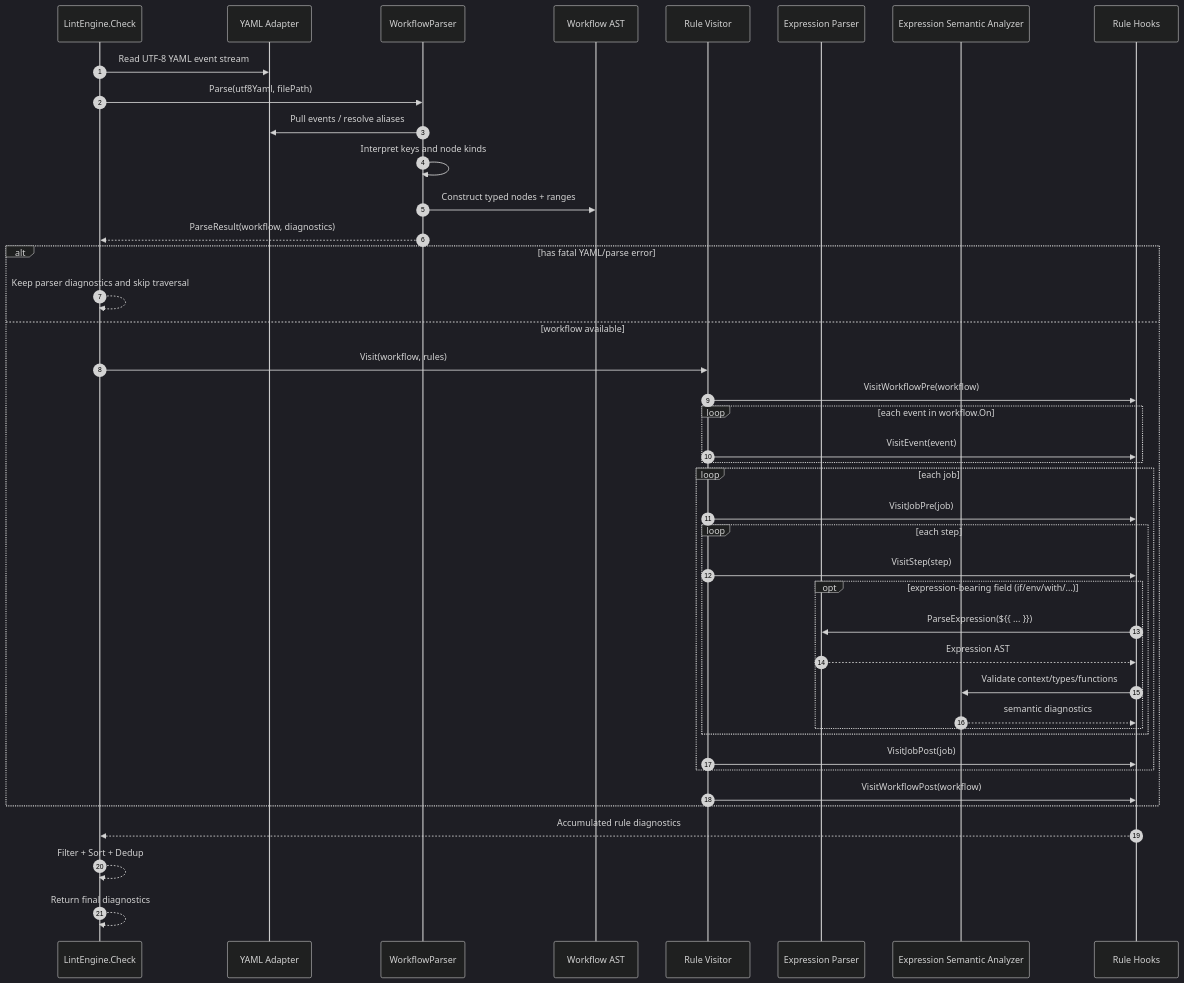
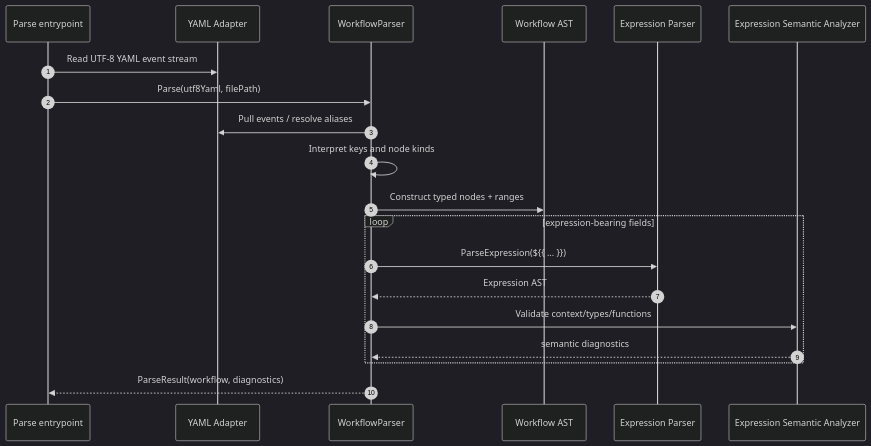
Before and after one commit to guitarrapc/seiton: the diagram in Docs/Seiton_Parser_spec.md, drawn with Mermaid (dark theme). The commit also changed other lines of this file and 6 other files, not shown here.

````diff
--- a/Docs/Seiton_Parser_spec.md
+++ b/Docs/Seiton_Parser_spec.md
@@ -59,47 +57,23 @@
 ```mermaid
 sequenceDiagram
   autonumber
-  participant Caller as LintEngine.Check
+  participant Caller as Parse entrypoint
   participant Adapter as YAML Adapter
   participant Parser as WorkflowParser
   participant AST as Workflow AST
-  participant Visitor as Rule Visitor
   participant Expr as Expression Parser
   participant Sem as Expression Semantic Analyzer
-  participant Rule as Rule Hooks
 
   Caller->>Adapter: Read UTF-8 YAML event stream
   Caller->>Parser: Parse(utf8Yaml, filePath)
   Parser->>Adapter: Pull events / resolve aliases
   Parser->>Parser: Interpret keys and node kinds
   Parser->>AST: Construct typed nodes + ranges
+  loop expression-bearing fields
+    Parser->>Expr: ParseExpression(${{ ... }})
+    Expr-->>Parser: Expression AST
+    Parser->>Sem: Validate context/types/functions
+    Sem-->>Parser: semantic diagnostics
+  end
   Parser-->>Caller: ParseResult(workflow, diagnostics)
-
-  alt has fatal YAML/parse error
-    Caller-->>Caller: Keep parser diagnostics and skip traversal
-  else workflow available
-    Caller->>Visitor: Visit(workflow, rules)
-    Visitor->>Rule: VisitWorkflowPre(workflow)
-    loop each event in workflow.On
-      Visitor->>Rule: VisitEvent(event)
-    end
-    loop each job
-      Visitor->>Rule: VisitJobPre(job)
-      loop each step
-        Visitor->>Rule: VisitStep(step)
-        opt expression-bearing field (if/env/with/...)
-          Rule->>Expr: ParseExpression(${{ ... }})
-          Expr-->>Rule: Expression AST
-          Rule->>Sem: Validate context/types/functions
-          Sem-->>Rule: semantic diagnostics
-        end
-      end
-      Visitor->>Rule: VisitJobPost(job)
-    end
-    Visitor->>Rule: VisitWorkflowPost(workflow)
-  end
-
-  Rule-->>Caller: Accumulated rule diagnostics
-  Caller-->>Caller: Filter + Sort + Dedup
-  Caller-->>Caller: Return final diagnostics
 ```
````
